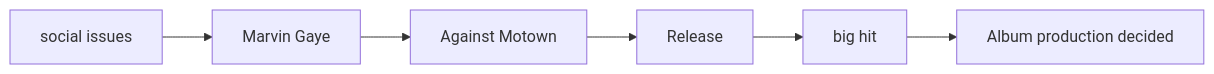
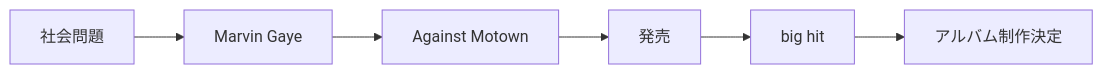
One commit to monumental-movement/monumental-movement.github.io changed the tenth of 21 diagrams in en/_posts/2026-06-27-column-influential-album-01.md. Above: the diagram before and after it, drawn with Mermaid. The commit also changed other lines of this file and 2196 other files, not shown here.

```diff
--- a/en/_posts/2026-06-27-column-influential-album-01.md
+++ b/en/_posts/2026-06-27-column-influential-album-01.md
@@ -618,18 +616,18 @@
 <div class="mermaid">
 
 flowchart LR
 
-A[social issues]
+A[社会問題]
 B[Marvin Gaye]
 C[Against Motown]
-D[Release]
+D[発売]
 E[big hit]
-F[Album production decided]
+F[アルバム制作決定]
 
 A --> B
 B --> C
 C --> D
 D --> E
 E --> F
 
 </div>
```
